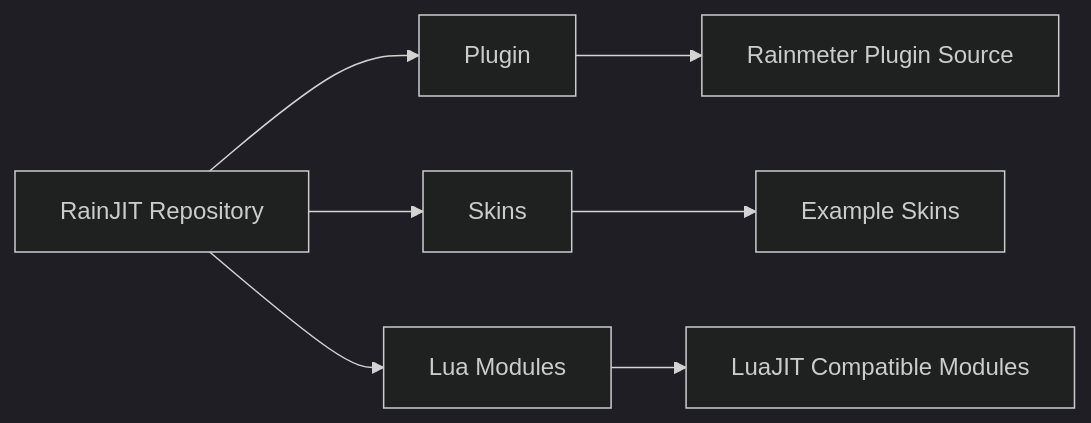
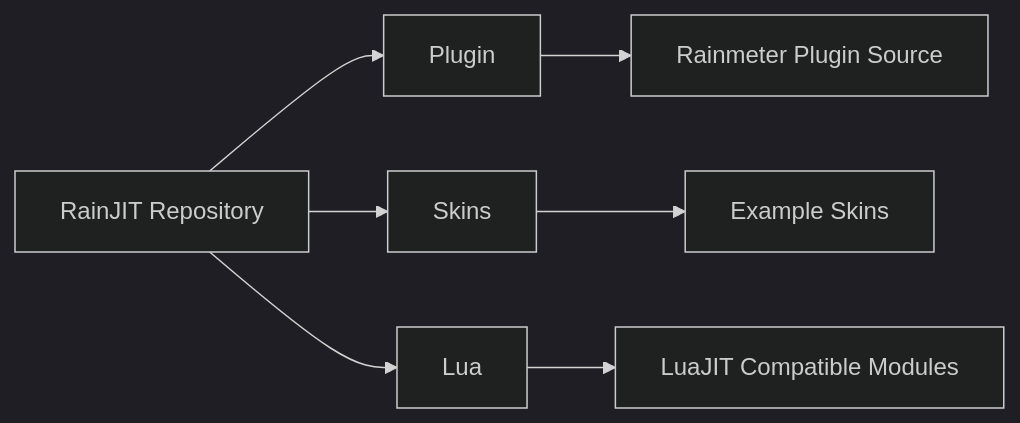
One commit to F4Jonatas/RainJIT changed the second of 2 diagrams in README.md. Above: the diagram before and after it, drawn with Mermaid (dark theme). The commit also changed other lines of this file, not shown here.

````diff
--- a/README.md
+++ b/README.md
@@ -749,13 +757,13 @@
 ```mermaid
 graph LR
 
 A[RainJIT Repository]
 
 A --> B[Plugin]
 A --> C[Skins]
-A --> D[Lua Modules]
+A --> D[Lua]
 
 B --> B1[Rainmeter Plugin Source]
 C --> C1[Example Skins]
 D --> D1[LuaJIT Compatible Modules]
 ```
````
